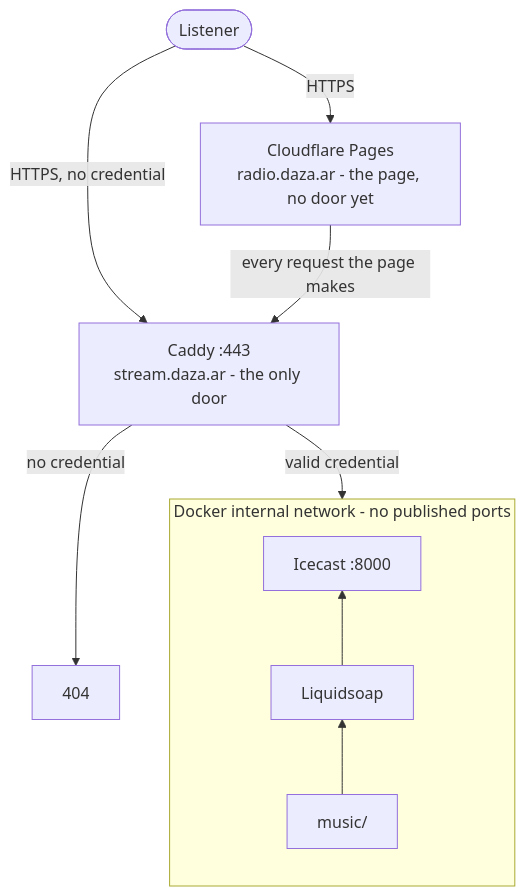
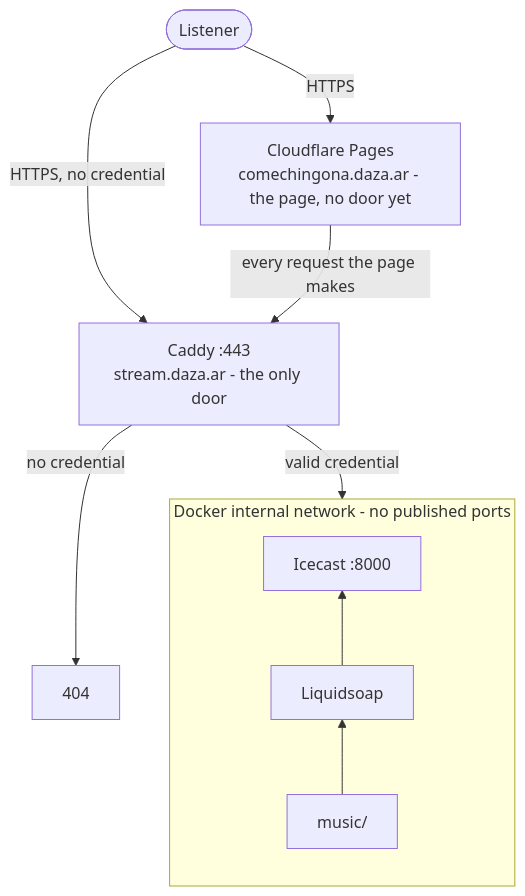
One commit to The-Replacement/radio changed the first of 2 diagrams in README.md. Above: the diagram before and after it, drawn with Mermaid. The commit also changed other lines of this file and 2 other files, not shown here.

First line of the commit message:
feat(infra): move frontend references to comechingona.daza.ar (#51) (#147)

````diff
--- a/README.md
+++ b/README.md
@@ -207,17 +207,17 @@
 ```mermaid
 flowchart TB
     O(["Listener"])
-    P["Cloudflare Pages<br/>radio.daza.ar - the page, no door yet"]
+    P["Cloudflare Pages<br/>comechingona.daza.ar - the page, no door yet"]
     C["Caddy :443<br/>stream.daza.ar - the only door"]
     O -->|"HTTPS"| P
     O -->|"HTTPS, no credential"| C
     C -->|"no credential"| N["404"]
     P -->|"every request the page makes"| C
 
     subgraph interno["Docker internal network - no published ports"]
         direction BT
         M["music/"] --> L["Liquidsoap"] --> I["Icecast :8000"]
     end
 
     C -->|"valid credential"| I
 ```
````
